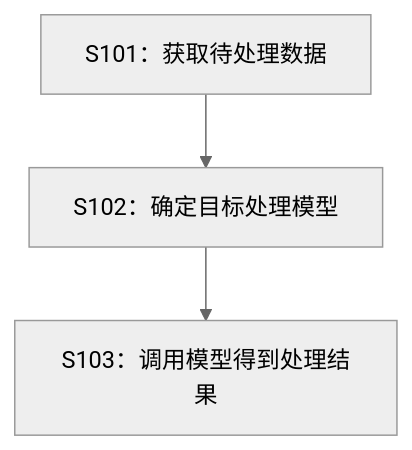
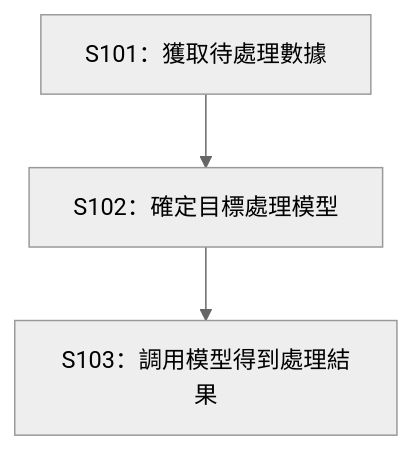
Before and after one commit to Raw1mage/PatentDrafter: the first of 2 diagrams in .claude/agents/diagram-generator.md, drawn with Mermaid (neutral theme). The commit also changed other lines of this file, not shown here.

Commit message:
專利技術圖表生成代理設定檔

````diff
--- a/.claude/agents/diagram-generator.md
+++ b/.claude/agents/diagram-generator.md
@@ -18,5 +18,5 @@
   ```mermaid
   graph TD
-      A[S101：获取待处理数据] --> B[S102：确定目标处理模型]
-      B --> C[S103：调用模型得到处理结果]
+      A[S101：獲取待處理數據] --> B[S102：確定目標處理模型]
+      B --> C[S103：調用模型得到處理結果]
   ```
````
